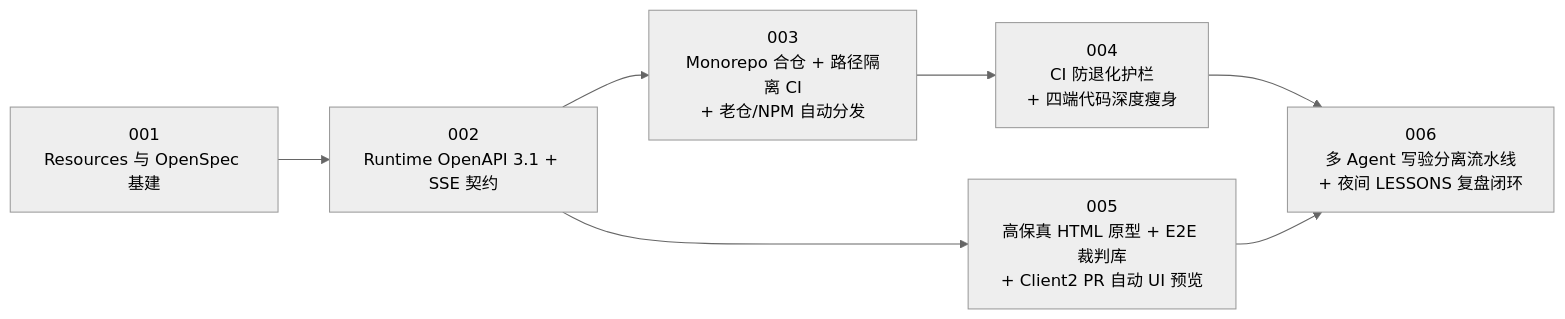
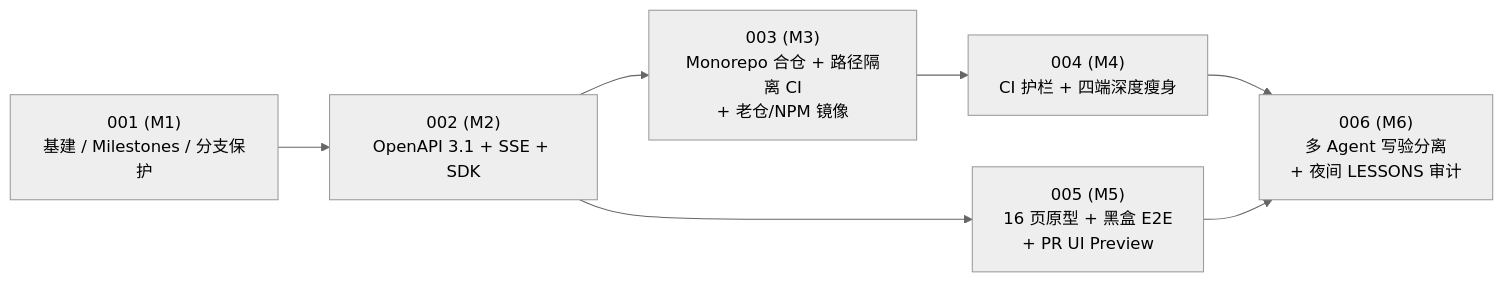
The diagram in openspec/ROADMAP.md (risense-ai/respire-resources), drawn with Mermaid (neutral theme) before and after one commit. The commit also changed other lines of this file and 7 other files, not shown here.

````diff
--- a/openspec/ROADMAP.md
+++ b/openspec/ROADMAP.md
@@ -10,9 +9,9 @@
 ```mermaid
 flowchart LR
-    C01["001<br/>Resources 与 OpenSpec 基建"] --> C02["002<br/>Runtime OpenAPI 3.1 + SSE 契约"]
-    C02 --> C03["003<br/>Monorepo 合仓 + 路径隔离 CI<br/>+ 老仓/NPM 自动分发"]
-    C03 --> C04["004<br/>CI 防退化护栏<br/>+ 四端代码深度瘦身"]
-    C02 --> C05["005<br/>高保真 HTML 原型 + E2E 裁判库<br/>+ Client2 PR 自动 UI 预览"]
-    C04 --> C06["006<br/>多 Agent 写验分离流水线<br/>+ 夜间 LESSONS 复盘闭环"]
+    C01["001 (M1)<br/>基建 / Milestones / 分支保护"] --> C02["002 (M2)<br/>OpenAPI 3.1 + SSE + SDK"]
+    C02 --> C03["003 (M3)<br/>Monorepo 合仓 + 路径隔离 CI<br/>+ 老仓/NPM 镜像"]
+    C03 --> C04["004 (M4)<br/>CI 护栏 + 四端深度瘦身"]
+    C02 --> C05["005 (M5)<br/>16 页原型 + 黑盒 E2E<br/>+ PR UI Preview"]
+    C04 --> C06["006 (M6)<br/>多 Agent 写验分离<br/>+ 夜间 LESSONS 审计"]
     C05 --> C06
 ```
````
